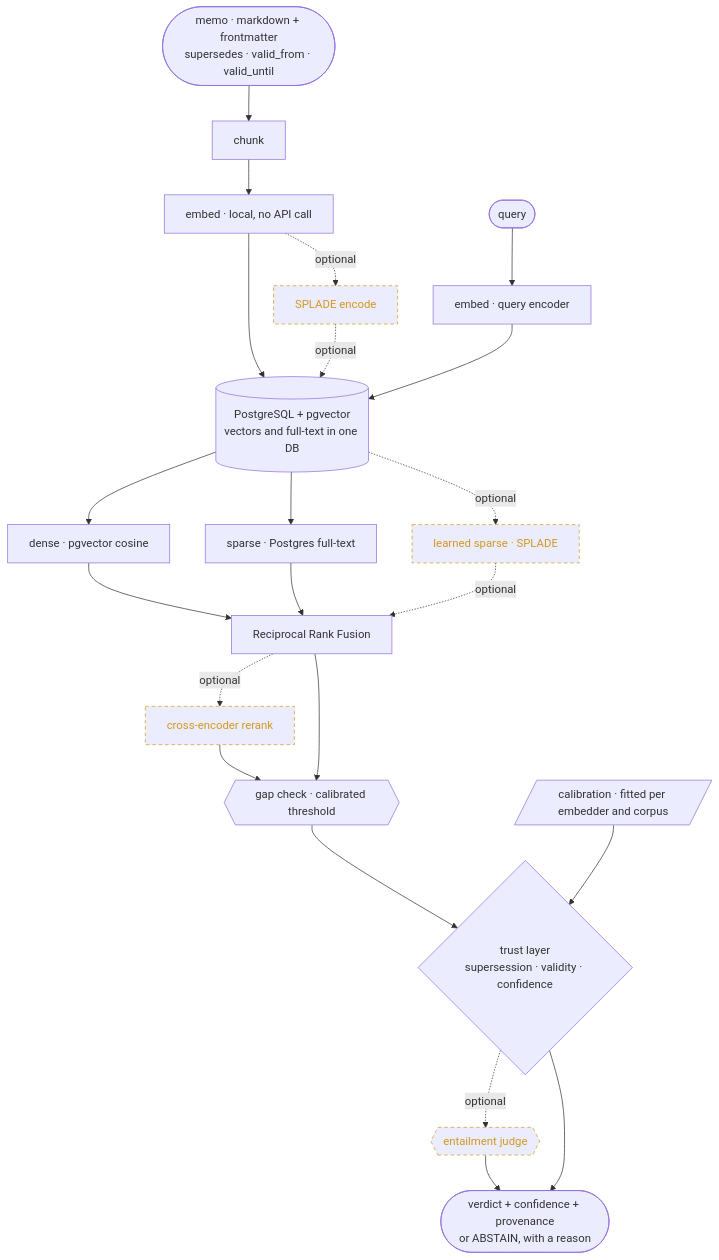
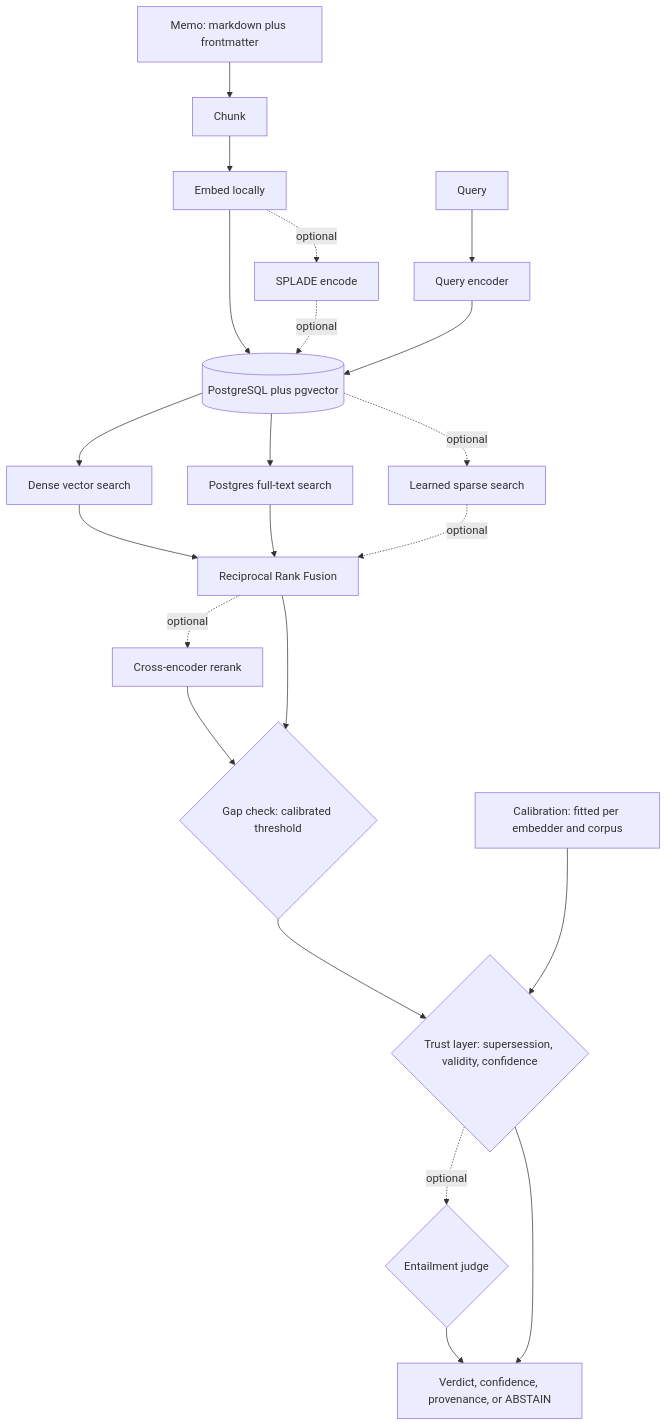
One commit to GiulioDER/RE-call changed the diagram in README.md. Above: the diagram before and after it, drawn with Mermaid.

Commit message:
Fix README Mermaid rendering

````diff
--- a/README.md
+++ b/README.md
@@ -126,31 +126,28 @@
 ```mermaid
 flowchart TB
-    M(["memo · markdown + frontmatter<br/>supersedes · valid_from · valid_until"]) --> CH[chunk]
-    CH --> EW["embed · local, no API call"]
-    EW -. optional .-> SP[SPLADE encode]
+    M["Memo: markdown plus frontmatter"] --> CH["Chunk"]
+    CH --> EW["Embed locally"]
+    EW -. "optional" .-> SP["SPLADE encode"]
     EW --> DB
-    SP -. optional .-> DB
+    SP -. "optional" .-> DB
 
-    Q([query]) --> EQ["embed · query encoder"]
-    EQ --> DB[("PostgreSQL + pgvector<br/>vectors and full-text in one DB")]
+    Q["Query"] --> EQ["Query encoder"]
+    EQ --> DB[("PostgreSQL plus pgvector")]
 
-    DB --> DN["dense · pgvector cosine"]
-    DB --> SL["sparse · Postgres full-text"]
-    DB -. optional .-> LS["learned sparse · SPLADE"]
+    DB --> DN["Dense vector search"]
+    DB --> SL["Postgres full-text search"]
+    DB -. "optional" .-> LS["Learned sparse search"]
 
-    DN --> F[Reciprocal Rank Fusion]
+    DN --> F["Reciprocal Rank Fusion"]
     SL --> F
-    LS -. optional .-> F
+    LS -. "optional" .-> F
 
-    F -. optional .-> RR[cross-encoder rerank]
+    F -. "optional" .-> RR["Cross-encoder rerank"]
     RR --> GP
-    F --> GP{{"gap check · calibrated threshold"}}
-    GP --> TR{"trust layer<br/>supersession · validity · confidence"}
-    CAL[/"calibration · fitted per embedder and corpus"/] --> TR
-    TR -. optional .-> EJ{{entailment judge}}
+    F --> GP{"Gap check: calibrated threshold"}
+    GP --> TR{"Trust layer: supersession, validity, confidence"}
+    CAL["Calibration: fitted per embedder and corpus"] --> TR
+    TR -. "optional" .-> EJ{"Entailment judge"}
     EJ --> OUT
-    TR --> OUT(["verdict + confidence + provenance<br/>or ABSTAIN, with a reason"])
-
-    classDef opt stroke:#d29922,color:#d29922,stroke-dasharray:5 4
-    class SP,LS,RR,EJ opt
+    TR --> OUT["Verdict, confidence, provenance, or ABSTAIN"]
 ```
````
